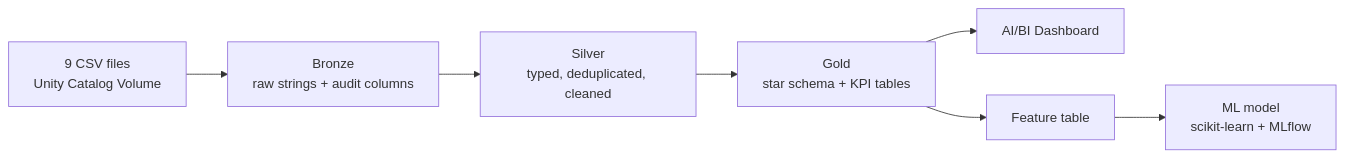
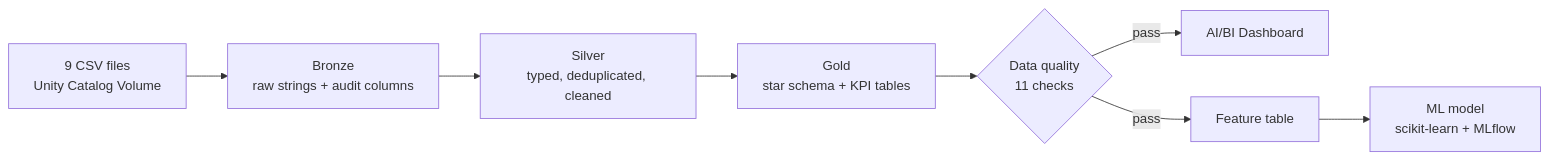
One commit to nmz325/olist-medallion-databricks changed the diagram in README.md. Above: the diagram before and after it, drawn with Mermaid. The commit also changed other lines of this file, not shown here.

````diff
--- a/README.md
+++ b/README.md
@@ -13,9 +13,10 @@
 ```mermaid
 flowchart LR
     A[9 CSV files<br/>Unity Catalog Volume] --> B[Bronze<br/>raw strings + audit columns]
     B --> C[Silver<br/>typed, deduplicated, cleaned]
     C --> D[Gold<br/>star schema + KPI tables]
-    D --> E[AI/BI Dashboard]
-    D --> F[Feature table]
+    D --> Q{Data quality<br/>11 checks}
+    Q -->|pass| E[AI/BI Dashboard]
+    Q -->|pass| F[Feature table]
     F --> G[ML model<br/>scikit-learn + MLflow]
 ```
````
